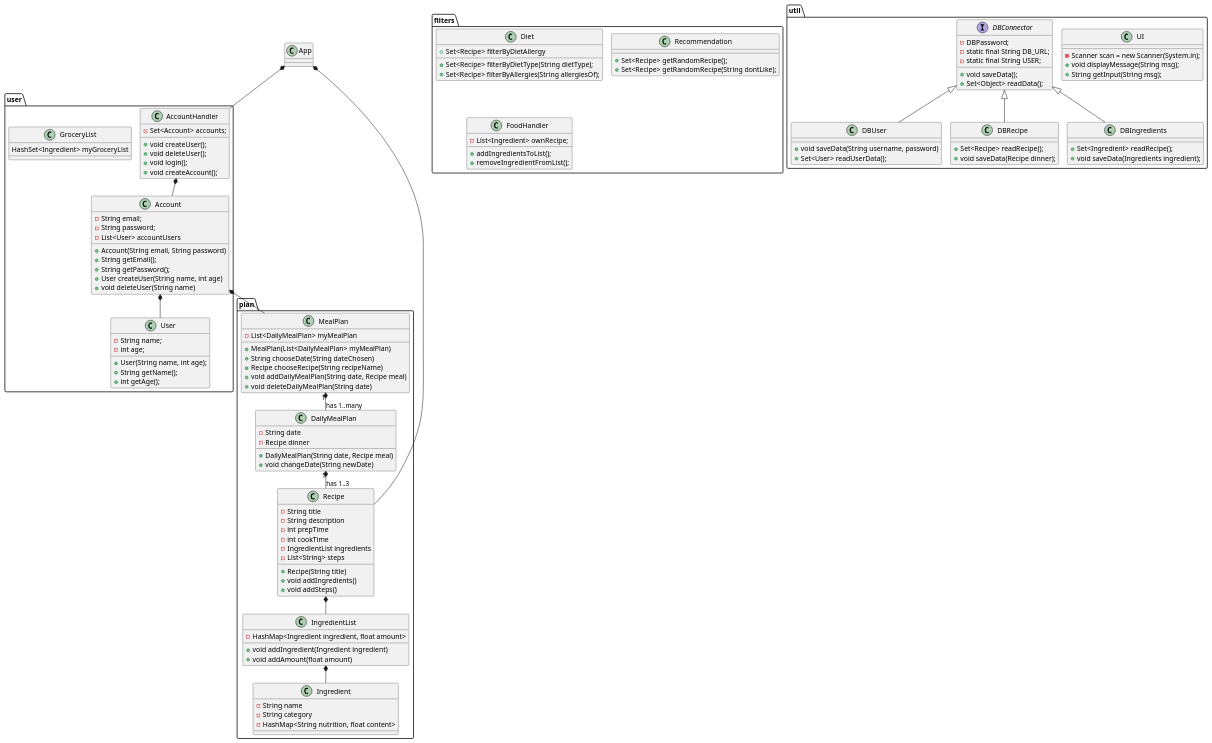
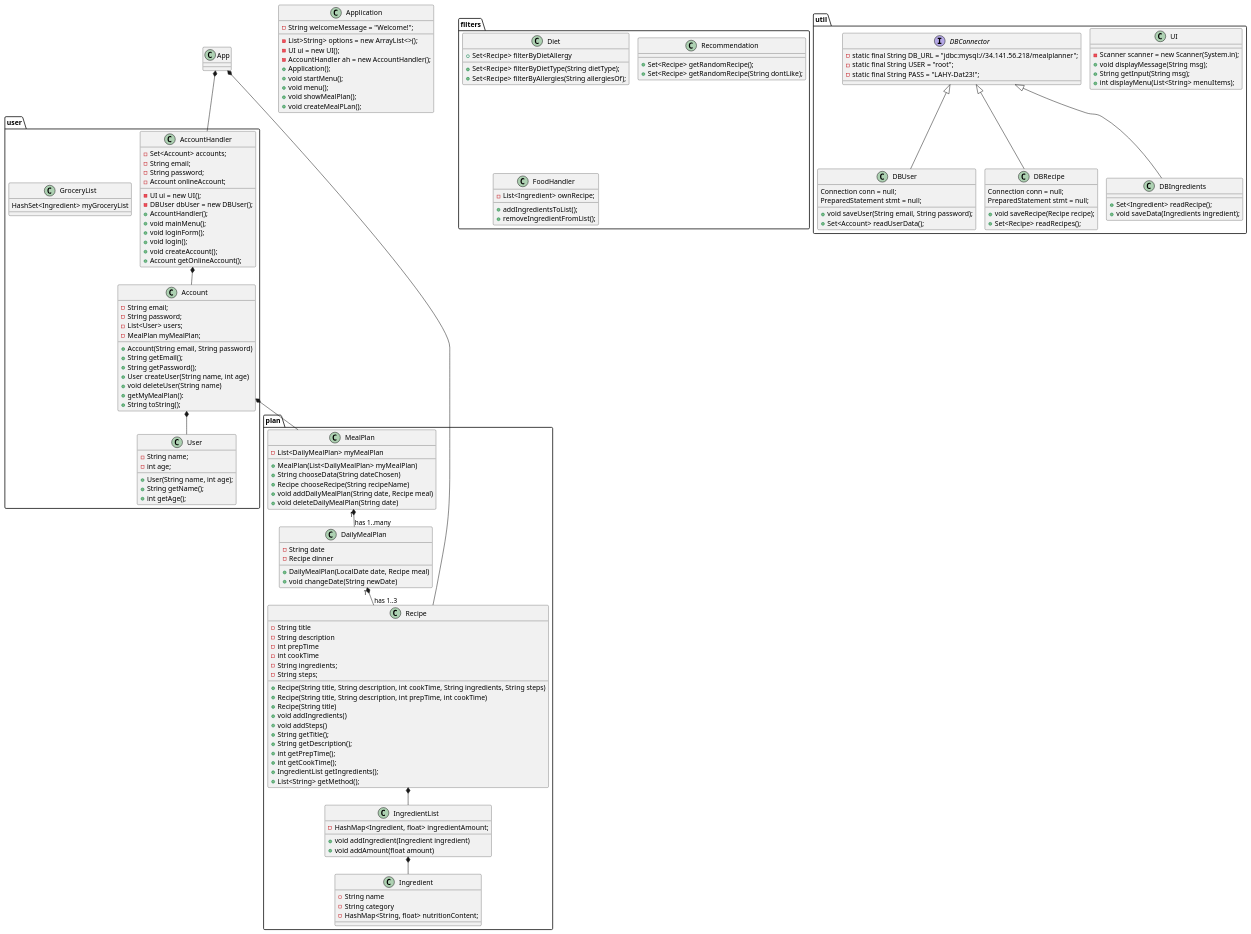
Before and after one commit to lassekh/ICE: the diagram in Documents/Class Diagram.puml, drawn with PlantUML. The commit also changed 1 other file, not shown here.

Commit message:
Class diagram

```diff
--- a/Documents/Class Diagram.puml
+++ b/Documents/Class Diagram.puml
@@ -1,137 +1,171 @@
 @startuml
 'https://plantuml.com/class-diagram
 !pragma layout smetana
 
 class App
 
 package "user"{
 class Account
 class AccountHandler
 class User
 class GroceryList
 }
 
 package "plan"{
 class MealPlan
 class DailyMealPlan
 class Recipe
 class IngredientList
 class Ingredient
 }
 
 package "filters"{
 class Diet
 class Recommendation
 class FoodHandler
 }
 
 package "util"{
 class UI
 interface DBConnector
 class DBUser
 class DBRecipe
 class DBIngredients
 }
 
 'Label on relations
 App *-- AccountHandler
 App *-- Recipe
 AccountHandler *-- Account
 Account *-- User
 Account *-- MealPlan
 MealPlan "1" *-- "has 1..many" DailyMealPlan
 DailyMealPlan "1" *-- "has 1..3" Recipe
 Recipe *-- IngredientList
 IngredientList *-- Ingredient
 DBConnector <|-- DBUser
 DBConnector <|-- DBRecipe
 DBConnector <|-- DBIngredients
 
 'Methods and attributes
+Application : - List>String> options = new ArrayList<>();
+Application : - String welcomeMessage = "Welcome!";
+Application : - UI ui = new UI();
+Application : - AccountHandler ah = new AccountHandler();
+Application : + Application();
+Application : + void startMenu();
+Application : + void menu();
+Application : + void showMealPlan();
+Application : + void createMealPLan();
+
+
 Account : - String email;
 Account : - String password;
-Account : - List<User> accountUsers
+Account : - List<User> users;
+Account : - MealPlan myMealPlan;
 Account : + Account(String email, String password)
 Account : + String getEmail();
 Account : + String getPassword();
 Account : + User createUser(String name, int age)
 Account : + void deleteUser(String name)
+Account : + getMyMealPlan():
+Account : + String toString();
 
-AccountHandler : + void createUser();
-AccountHandler : + void deleteUser();
+AccountHandler : - Set<Account> accounts;
+AccountHandler : - String email;
+AccountHandler : - String password;
+AccountHandler : - Account onlineAccount;
+AccountHandler : - UI ui = new UI();
+AccountHandler : - DBUser dbUser = new DBUser();
+AccountHandler : + AccountHandler();
+AccountHandler : + void mainMenu();
+AccountHandler : + void loginForm();
 AccountHandler : + void login();
 AccountHandler : + void createAccount();
-AccountHandler : - Set<Account> accounts;
+AccountHandler : + Account getOnlineAccount();
+
 
 User : - String name;
 User : - int age;
 User : + User(String name, int age);
 User : + String getName();
 User : + int getAge();
 
 MealPlan : - List<DailyMealPlan> myMealPlan
 MealPlan : + MealPlan(List<DailyMealPlan> myMealPlan)
-MealPlan : + String chooseDate(String dateChosen)
+MealPlan : + String chooseData(String dateChosen)
 MealPlan : + Recipe chooseRecipe(String recipeName)
 MealPlan : + void addDailyMealPlan(String date, Recipe meal)
 MealPlan : + void deleteDailyMealPlan(String date)
 
 DailyMealPlan : - String date
 DailyMealPlan : - Recipe dinner
-DailyMealPlan : + DailyMealPlan(String date, Recipe meal)
+DailyMealPlan : + DailyMealPlan(LocalDate date, Recipe meal)
 DailyMealPlan : + void changeDate(String newDate)
 
 Recipe : - String title
 Recipe : - String description
 Recipe : - int prepTime
 Recipe : - int cookTime
-Recipe : - IngredientList ingredients
-Recipe : - List<String> steps
+Recipe : - String ingredients;
+Recipe : - String steps;
+Recipe : + Recipe(String title, String description, int cookTime, String ingredients, String steps)
+Recipe : + Recipe(String title, String description, int prepTime, int cookTime)
 Recipe : + Recipe(String title)
 Recipe : + void addIngredients()
 Recipe : + void addSteps()
+Recipe : + String getTitle();
+Recipe : + String getDescription();
+Recipe : + int getPrepTime();
+Recipe : + int getCookTime();
+Recipe : + IngredientList getIngredients();
+Recipe : + List<String> getMethod();
 
-IngredientList : - HashMap<Ingredient ingredient, float amount>
+
+IngredientList : - HashMap<Ingredient, float> ingredientAmount;
 IngredientList : + void addIngredient(Ingredient ingredient)
 IngredientList : + void addAmount(float amount)
 
 Ingredient : - String name
 Ingredient : - String category
-Ingredient : - HashMap<String nutrition, float content>
+Ingredient : - HashMap<String, float> nutritionContent;
 
 GroceryList : HashSet<Ingredient> myGroceryList
 
-UI : - Scanner scan = new Scanner(System.in);
+UI : - Scanner scanner = new Scanner(System.in);
 UI : + void displayMessage(String msg);
 UI : + String getInput(String msg);
+UI : + int displayMenu(List<String> menuItems);
 
-DBConnector : - DBPassword;
-DBConnector : - static final String DB_URL;
-DBConnector : - static final String USER;
-DBConnector : + void saveData();
-DBConnector : + Set<Object> readData();
+DBConnector : - static final String DB_URL = "jdbc:mysql://34.141.56.218/mealplanner";
+DBConnector : - static final String USER = "root";
+DBConnector : - static final String PASS = "LAHY-Dat23!";
 
-DBUser : + void saveData(String username, password)
-DBUser : + Set<User> readUserData();
+DBUser : Connection conn = null;
+DBUser : PreparedStatement stmt = null;
+DBUser : + void saveUser(String email, String password);
+DBUser : + Set<Account> readUserData();
 
-DBRecipe : + Set<Recipe> readRecipe();
-DBRecipe : + void saveData(Recipe dinner);
+DBRecipe : Connection conn = null;
+DBRecipe : PreparedStatement stmt = null;
+DBRecipe : + void saveRecipe(Recipe recipe);
+DBRecipe : + Set<Recipe> readRecipes();
 
 DBIngredients : + Set<Ingredient> readRecipe();
 DBIngredients : + void saveData(Ingredients ingredient);
 
 Diet : + Set<Recipe> filterByDietType(String dietType);
 Diet : + Set<Recipe> filterByAllergies(String allergiesOf);
 Diet : + Set<Recipe> filterByDietAllergy
 
 Recommendation : + Set<Recipe> getRandomRecipe();
 Recommendation : + Set<Recipe> getRandomRecipe(String dontLike);
 
 FoodHandler : - List<Ingredient> ownRecipe;
 FoodHandler : + addIngredientsToList();
 FoodHandler : + removeIngredientFromList();
 'User *-- Grocerylist
 'Recipe *-- Diet
 'Recipe *-- DBConnector
 'Ingredient *-- DBConnector
 @enduml
```
